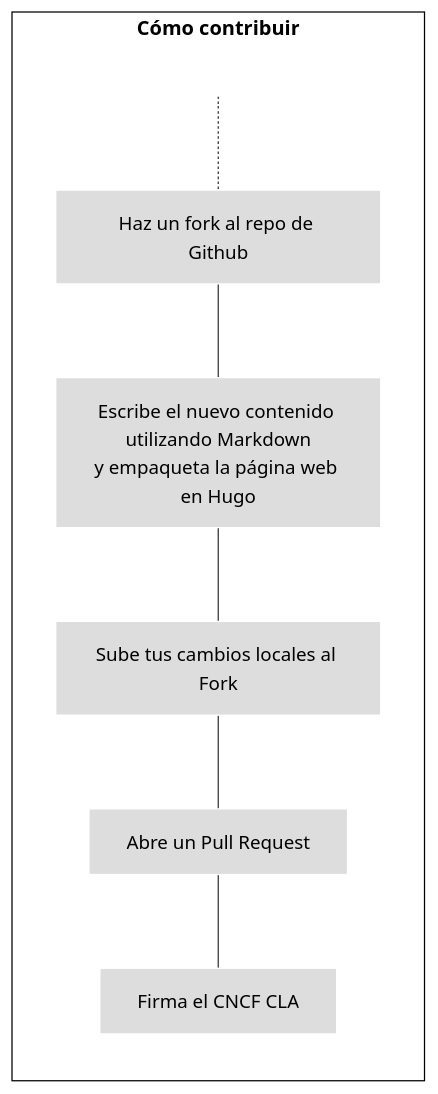
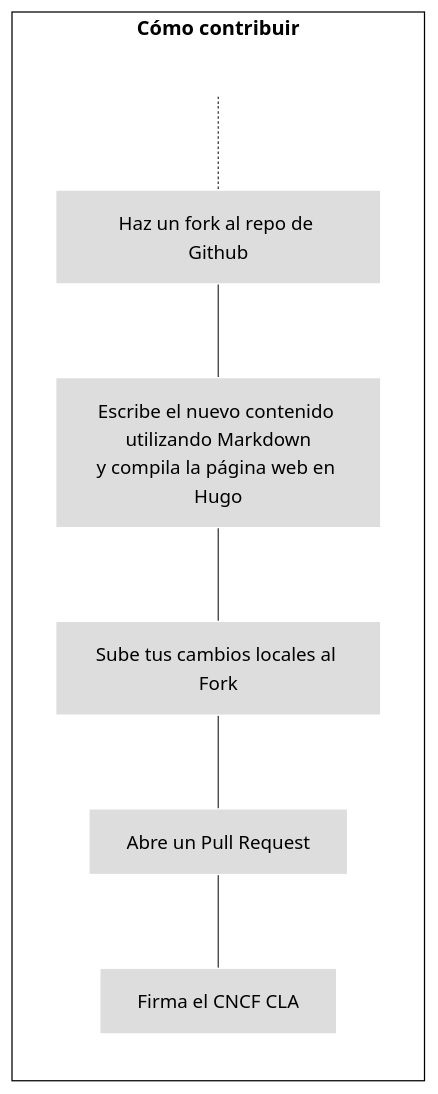
The first of 4 diagrams in content/es/docs/contributing/new-content.md (open-telemetry/opentelemetry.io), drawn with Mermaid before and after one commit.

Commit message:
chore: replace empaqueta to compila

````diff
--- a/content/es/docs/contributing/new-content.md
+++ b/content/es/docs/contributing/new-content.md
@@ -30,18 +30,18 @@
 ```mermaid
 flowchart LR
     subgraph first[Cómo contribuir]
     direction TB
        T[ ] -.-
-       B[Haz un fork al repo de Github] --- C[Escribe el nuevo contenido utilizando Markdown<br>y empaqueta la página web en Hugo]
+       B[Haz un fork al repo de Github] --- C[Escribe el nuevo contenido utilizando Markdown<br>y compila la página web en Hugo]
        C --- D[Sube tus cambios locales al Fork]
        D --- E[Abre un Pull Request]
        E --- F[Firma el CNCF CLA]
     end
 
 classDef grey fill:#dddddd,stroke:#ffffff,stroke-width:px,color:#000000, font-size:15px;
 classDef white fill:#ffffff,stroke:#000,stroke-width:px,color:#000,font-weight:bold
 classDef spacewhite fill:#ffffff,stroke:#fff,stroke-width:0px,color:#000
 class A,B,C,D,E,F,G,H grey
 class S,T spacewhite
 class first,second white
 ```
````
